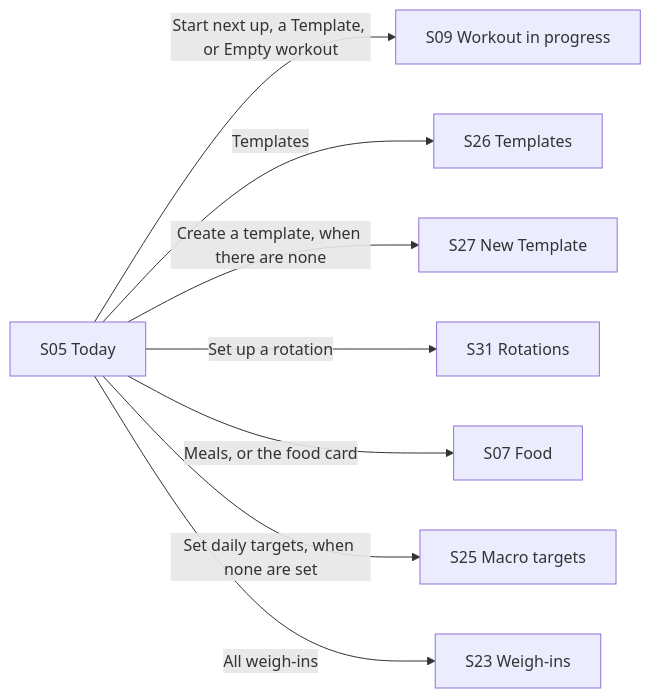
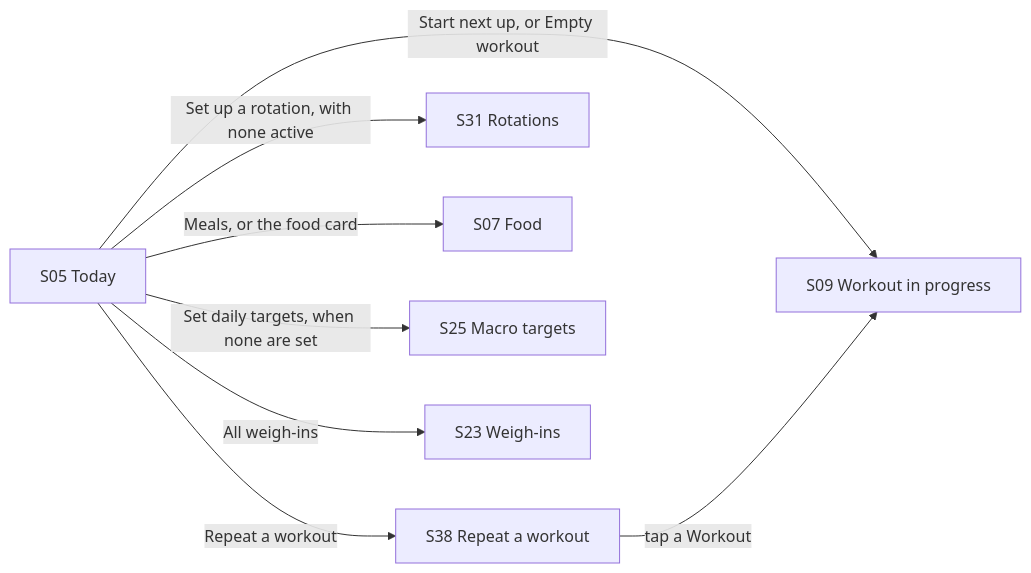
The second of 9 diagrams in docs/user-flows.md (kwanlokto/greater-than-zero), drawn with Mermaid before and after one commit. The commit also changed other lines of this file and 8 other files, not shown here.

First line of the commit message:
Start from one suggestion, Repeat a workout or Empty workout

````diff
--- a/docs/user-flows.md
+++ b/docs/user-flows.md
@@ -107,10 +108,10 @@
 ```mermaid
 flowchart LR
-  S05["S05 Today"] -->|Start next up, a Template, or Empty workout| S09["S09 Workout in progress"]
-  S05 -->|Templates| S26["S26 Templates"]
-  S05 -->|Create a template, when there are none| S27["S27 New Template"]
-  S05 -->|Set up a rotation| S31["S31 Rotations"]
+  S05["S05 Today"] -->|Start next up, or Empty workout| S09["S09 Workout in progress"]
+  S05 -->|Repeat a workout| S38["S38 Repeat a workout"]
+  S38 -->|tap a Workout| S09
+  S05 -->|Set up a rotation, with none active| S31["S31 Rotations"]
   S05 -->|Meals, or the food card| S07["S07 Food"]
   S05 -->|Set daily targets, when none are set| S25["S25 Macro targets"]
   S05 -->|All weigh-ins| S23["S23 Weigh-ins"]
 ```
````
